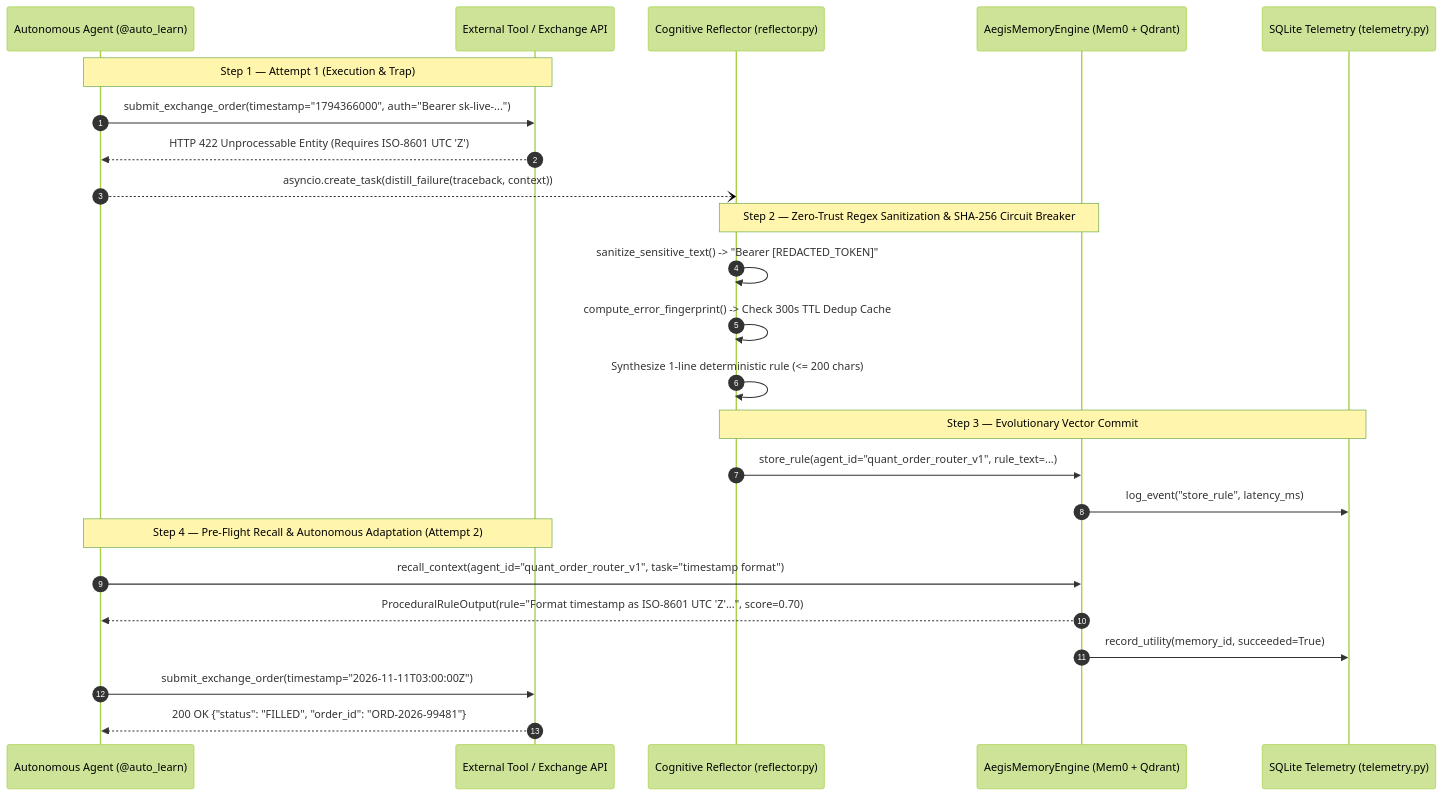
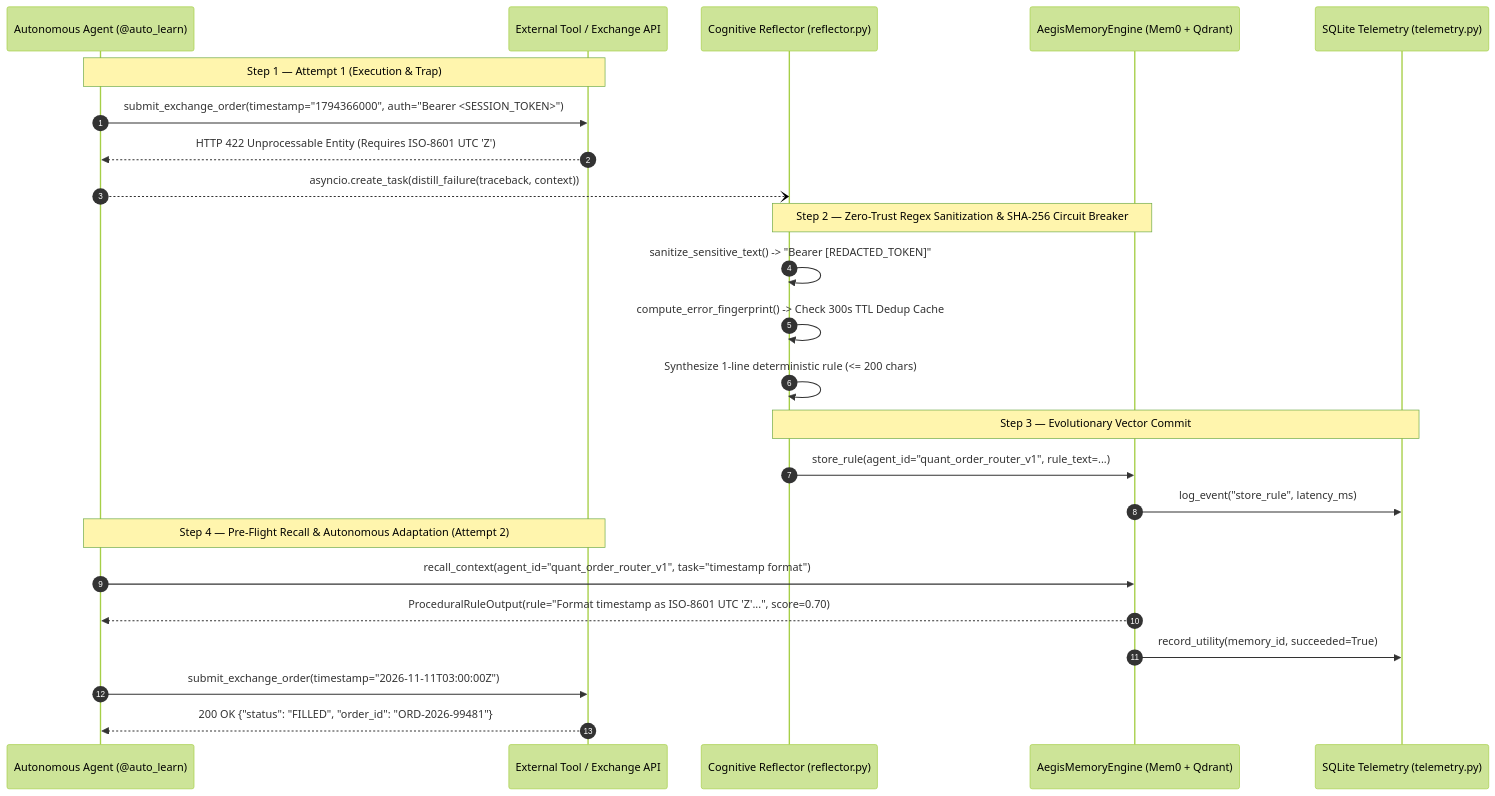
One commit to Christianlamas062/aegis-mem changed the diagram in README.md. Above: the diagram before and after it, drawn with Mermaid (forest theme). The commit also changed other lines of this file and 6 other files, not shown here.

````diff
--- a/README.md
+++ b/README.md
@@ -14,30 +15,30 @@
 ```mermaid
 sequenceDiagram
     autonumber
     participant Agent as Autonomous Agent (@auto_learn)
     participant API as External Tool / Exchange API
     participant Reflector as Cognitive Reflector (reflector.py)
     participant Engine as AegisMemoryEngine (Mem0 + Qdrant)
     participant Audit as SQLite Telemetry (telemetry.py)
 
     Note over Agent,API: Step 1 — Attempt 1 (Execution & Trap)
-    Agent->>API: submit_exchange_order(timestamp="1794366000", auth="Bearer sk-live-...")
+    Agent->>API: submit_exchange_order(timestamp="1794366000", auth="Bearer <SESSION_TOKEN>")
     API-->>Agent: HTTP 422 Unprocessable Entity (Requires ISO-8601 UTC 'Z')
     Agent--)Reflector: asyncio.create_task(distill_failure(traceback, context))
 
     Note over Reflector,Engine: Step 2 — Zero-Trust Regex Sanitization & SHA-256 Circuit Breaker
     Reflector->>Reflector: sanitize_sensitive_text() -> "Bearer [REDACTED_TOKEN]"
     Reflector->>Reflector: compute_error_fingerprint() -> Check 300s TTL Dedup Cache
     Reflector->>Reflector: Synthesize 1-line deterministic rule (<= 200 chars)
 
     Note over Reflector,Audit: Step 3 — Evolutionary Vector Commit
     Reflector->>Engine: store_rule(agent_id="quant_order_router_v1", rule_text=...)
     Engine->>Audit: log_event("store_rule", latency_ms)
 
     Note over Agent,API: Step 4 — Pre-Flight Recall & Autonomous Adaptation (Attempt 2)
     Agent->>Engine: recall_context(agent_id="quant_order_router_v1", task="timestamp format")
     Engine-->>Agent: ProceduralRuleOutput(rule="Format timestamp as ISO-8601 UTC 'Z'...", score=0.70)
     Engine->>Audit: record_utility(memory_id, succeeded=True)
     Agent->>API: submit_exchange_order(timestamp="2026-11-11T03:00:00Z")
     API-->>Agent: 200 OK {"status": "FILLED", "order_id": "ORD-2026-99481"}
 ```
````
